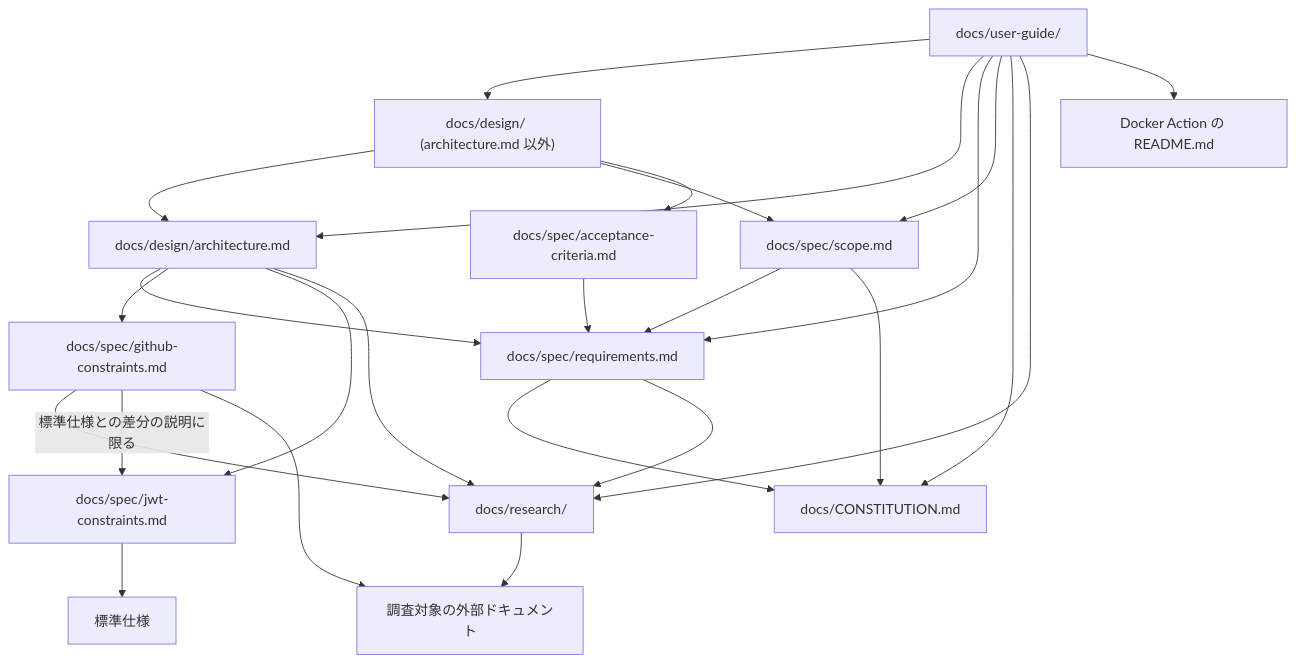
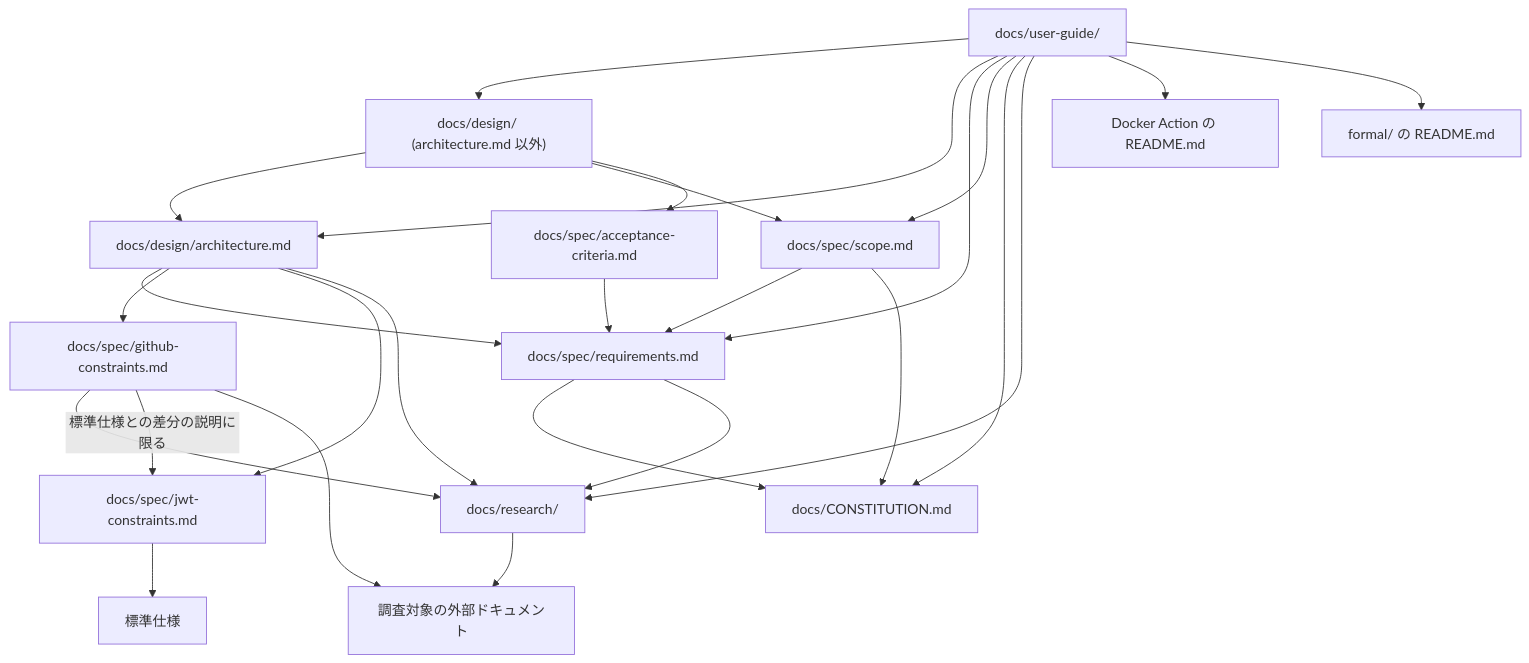
Before and after one commit to tmknom/gates: the first of 3 diagrams in docs/contributing/docs-policy.md, drawn with Mermaid. The commit also changed other lines of this file and 4 other files, not shown here.

````diff
--- a/docs/contributing/docs-policy.md
+++ b/docs/contributing/docs-policy.md
@@ -25,27 +25,28 @@
 ```mermaid
 flowchart TD
     design["docs/design/ (architecture.md 以外)"] --> architecture["docs/design/architecture.md"]
     design --> scope["docs/spec/scope.md"]
     design --> acceptance["docs/spec/acceptance-criteria.md"]
     acceptance --> requirements
     architecture --> requirements["docs/spec/requirements.md"]
     architecture --> github["docs/spec/github-constraints.md"]
     architecture --> jwt["docs/spec/jwt-constraints.md"]
     scope --> requirements
     requirements --> constitution["docs/CONSTITUTION.md"]
     scope --> constitution
     requirements --> research["docs/research/"]
     github --> research
     github -->|標準仕様との差分の説明に限る| jwt
     architecture --> research
     jwt --> standards["標準仕様"]
     research --> external["調査対象の外部ドキュメント"]
     github --> external
     guide["docs/user-guide/"] --> design
     guide --> architecture
     guide --> requirements
     guide --> scope
     guide --> constitution
     guide --> research
     guide --> action["Docker Action の README.md"]
+    guide --> formal["formal/ の README.md"]
 ```
````
